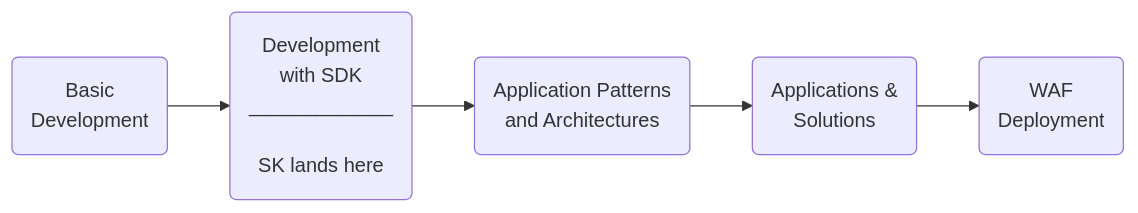
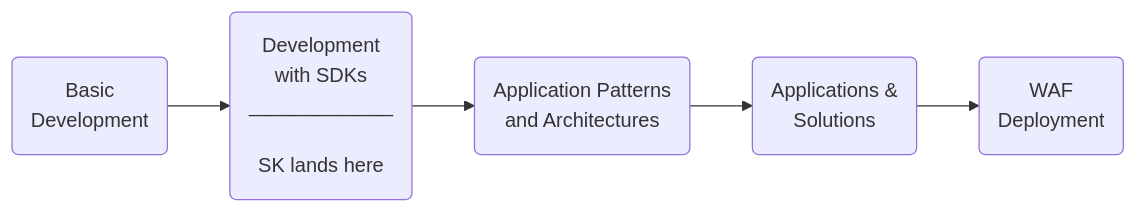
Before and after one commit to msalemor/sk-dev-training: the diagram in README.md, drawn with Mermaid. The commit also changed other lines of this file, not shown here.

````diff
--- a/README.md
+++ b/README.md
@@ -69,7 +69,7 @@
 ```mermaid
 graph LR;
-  A(Basic<br/>Development) --> B(Development<br/>with SDK<br/>_____________<br/> <br/>SK lands here)
+  A(Basic<br/>Development) --> B(Development<br/>with SDKs<br/>_____________<br/> <br/>SK lands here)
   B-->C(Application Patterns<br/>and Architectures)
   C-->D(Applications &<br/>Solutions)
   D-->E(WAF<br/>Deployment)
 ```
````
